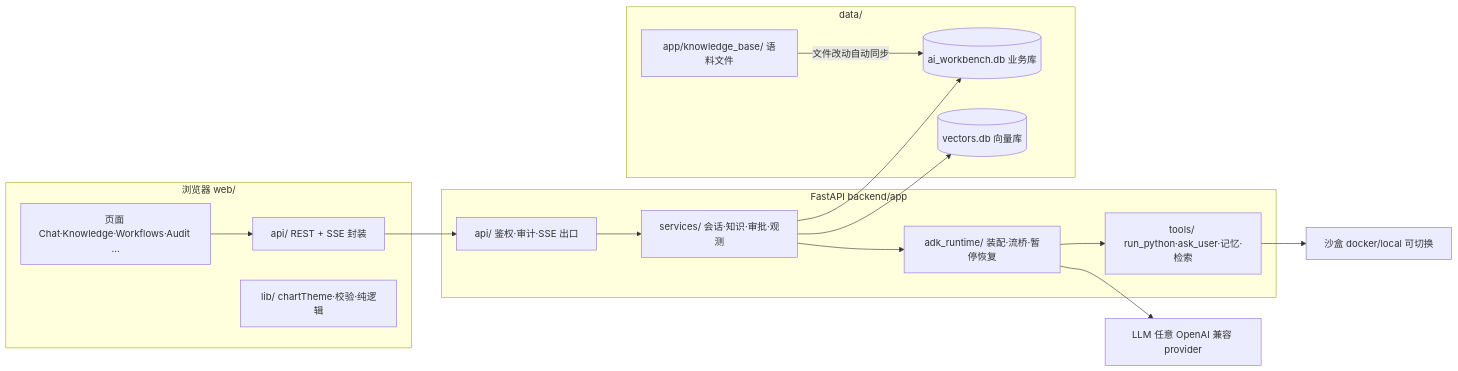
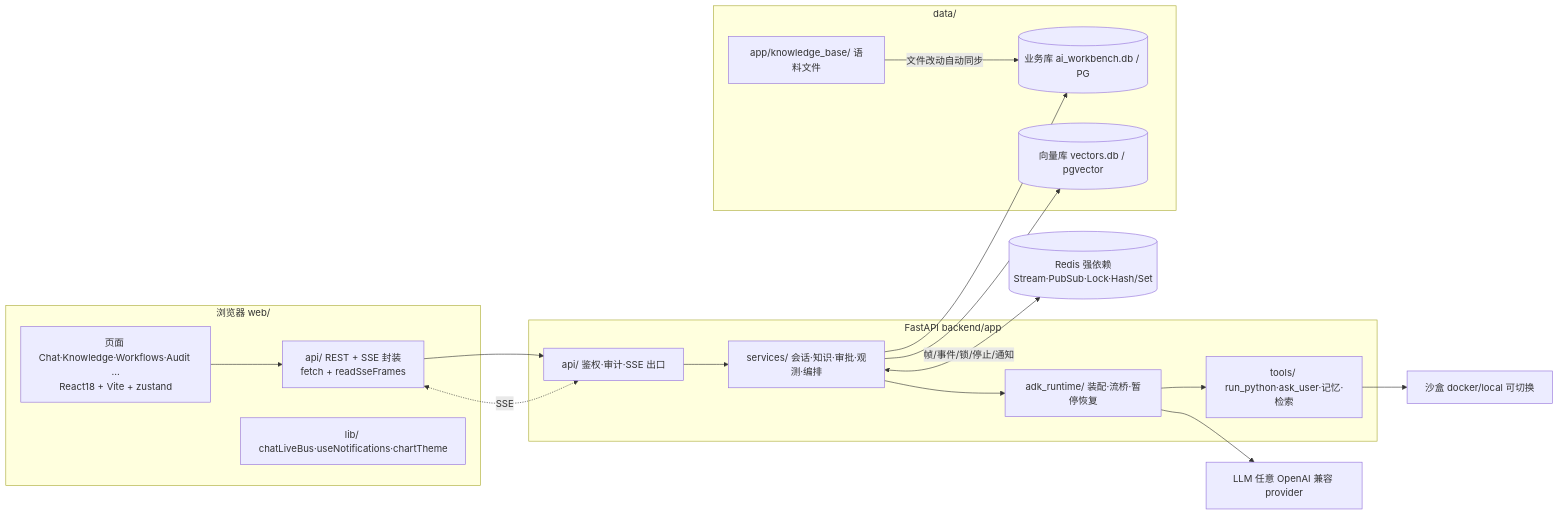
Before and after one commit to isfangmk/crewlab: the first of 2 diagrams in backend/app/knowledge_base/concepts/整体架构.md, drawn with Mermaid. The commit also changed other lines of this file and 11 other files, not shown here.

````diff
--- a/backend/app/knowledge_base/concepts/整体架构.md
+++ b/backend/app/knowledge_base/concepts/整体架构.md
@@ -7,27 +9,30 @@
 ```mermaid
 flowchart LR
   subgraph WEB["浏览器 web/"]
-    PAGES["页面 Chat·Knowledge·Workflows·Audit …"]
-    WAPI["api/ REST + SSE 封装"]
-    LIB["lib/ chartTheme·校验·纯逻辑"]
+    PAGES["页面 Chat·Knowledge·Workflows·Audit …<br/>React18 + Vite + zustand"]
+    WAPI["api/ REST + SSE 封装<br/>fetch + readSseFrames"]
+    LIB["lib/ chatLiveBus·useNotifications·chartTheme"]
   end
   subgraph BE["FastAPI backend/app"]
     HTTP["api/ 鉴权·审计·SSE 出口"]
-    SVC["services/ 会话·知识·审批·观测"]
+    SVC["services/ 会话·知识·审批·观测·编排"]
     ADK["adk_runtime/ 装配·流桥·暂停恢复"]
     TOOLS["tools/ run_python·ask_user·记忆·检索"]
   end
   SANDBOX["沙盒 docker/local 可切换"]
   LLM["LLM 任意 OpenAI 兼容 provider"]
+  REDIS[("Redis 强依赖<br/>Stream·PubSub·Lock·Hash/Set")]
   subgraph DATA["data/"]
-    DB[("ai_workbench.db 业务库")]
-    VEC[("vectors.db 向量库")]
+    DB[("业务库 ai_workbench.db / PG")]
+    VEC[("向量库 vectors.db / pgvector")]
     VAULT["app/knowledge_base/ 语料文件"]
   end
   PAGES --> WAPI --> HTTP --> SVC --> ADK --> TOOLS
   ADK --> LLM
   TOOLS --> SANDBOX
   SVC --> DB
   SVC --> VEC
+  SVC <-->|"帧/事件/锁/停止/通知"| REDIS
+  WAPI <-.->|"SSE"| HTTP
   VAULT -->|"文件改动自动同步"| DB
 ```
````
